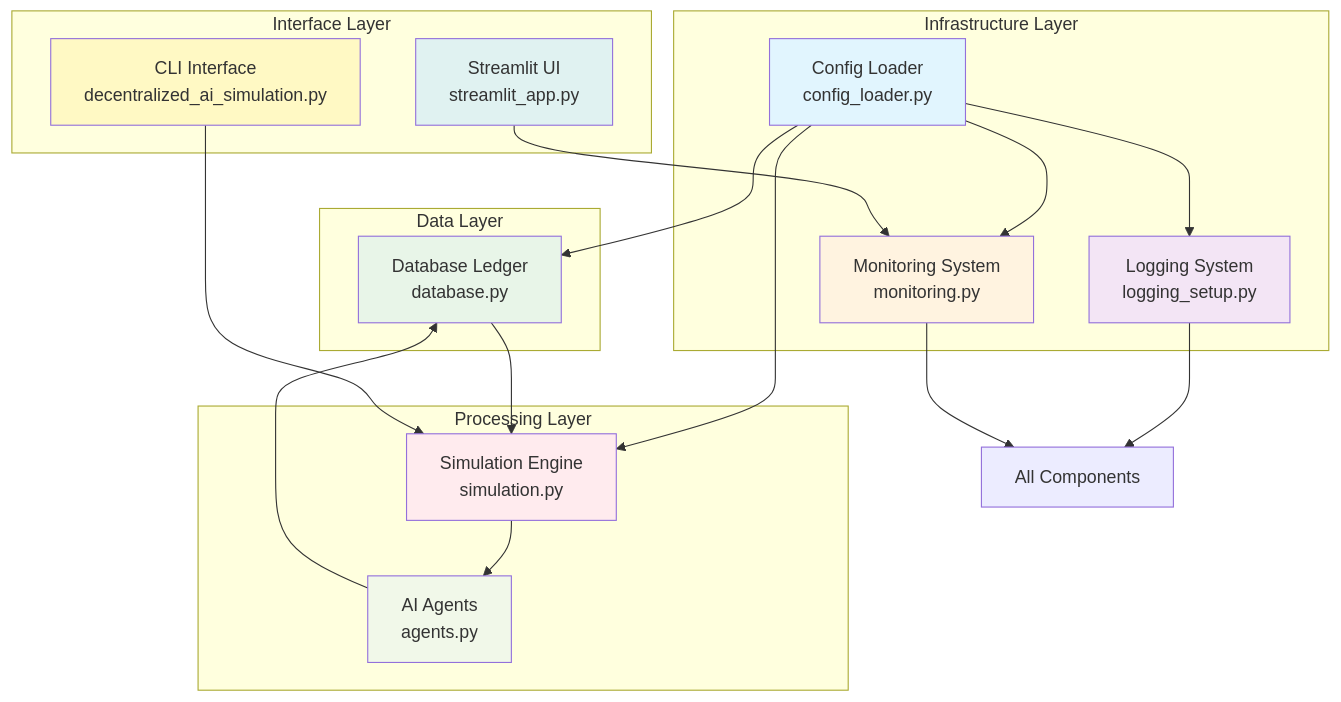
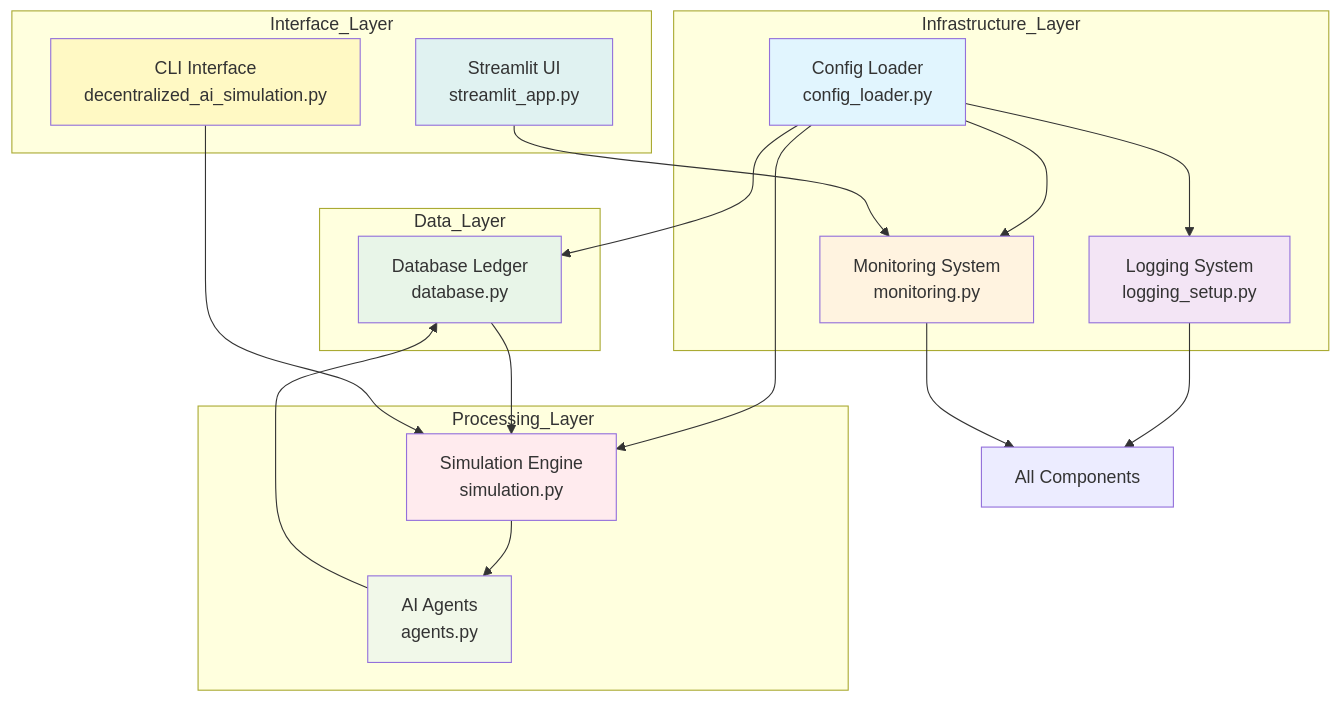
The first of 3 diagrams in decentralized-ai-simulation/docs/README.md (tanm-sys/build), drawn with Mermaid before and after one commit. The commit also changed other lines of this file and 5 other files, not shown here.

Commit message:
Fix Mermaid diagram parse errors in Markdown files (resolve LINK token issues on line 29 and others)

````diff
--- a/decentralized-ai-simulation/docs/README.md
+++ b/decentralized-ai-simulation/docs/README.md
@@ -222,43 +222,43 @@
 ```mermaid
 graph TB
-    subgraph "Infrastructure Layer"
+    subgraph "Infrastructure_Layer"
         CONFIG[Config Loader<br/>config_loader.py]
         LOG[Logging System<br/>logging_setup.py]
         MON[Monitoring System<br/>monitoring.py]
     end
     
-    subgraph "Data Layer"
+    subgraph "Data_Layer"
         DB[Database Ledger<br/>database.py]
     end
     
-    subgraph "Processing Layer"
+    subgraph "Processing_Layer"
         SIM[Simulation Engine<br/>simulation.py]
         AGENTS[AI Agents<br/>agents.py]
     end
     
-    subgraph "Interface Layer"
+    subgraph "Interface_Layer"
         CLI[CLI Interface<br/>decentralized_ai_simulation.py]
         UI[Streamlit UI<br/>streamlit_app.py]
     end
     
     CONFIG --> LOG
     CONFIG --> MON
     CONFIG --> DB
     CONFIG --> SIM
     LOG --> ALL[All Components]
     MON --> ALL
     SIM --> AGENTS
     AGENTS --> DB
     DB --> SIM
     CLI --> SIM
     UI --> MON
     
     style CONFIG fill:#e1f5fe
     style LOG fill:#f3e5f5
     style MON fill:#fff3e0
     style DB fill:#e8f5e8
     style SIM fill:#ffebee
     style AGENTS fill:#f1f8e9
     style CLI fill:#fff9c4
     style UI fill:#e0f2f1
 ```
````
